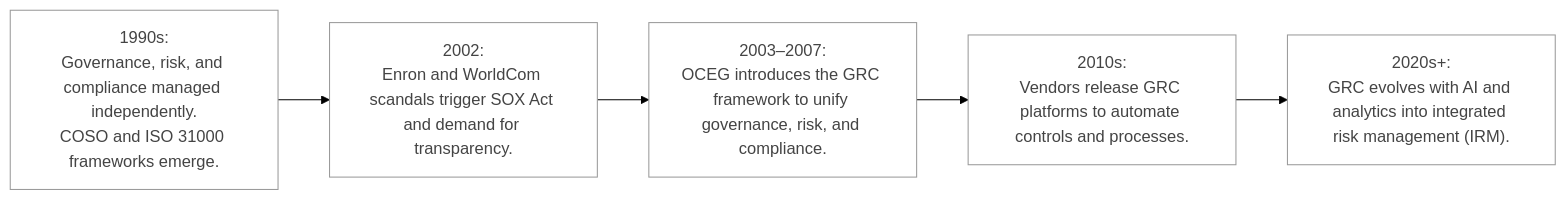
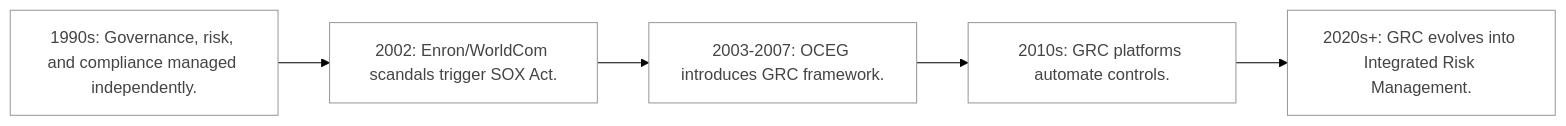
Before and after one commit to lorenzoleonelli/CISSP-Zero-to-Hero: the first of 4 diagrams in DOMAIN1: Security and Risk Management/1.03 Evaluate, apply, and sustain security governance principles.md, drawn with Mermaid (forest theme).

Commit message:
Simplify GRC timeline and update styling

````diff
--- a/DOMAIN1: Security and Risk Management/1.03 Evaluate, apply, and sustain security governance principles.md
+++ b/DOMAIN1: Security and Risk Management/1.03 Evaluate, apply, and sustain security governance principles.md
@@ -22,14 +22,19 @@
 ```mermaid 
 flowchart LR
-    T1["1990s:<br>Governance, risk, and compliance managed independently.<br>COSO and ISO 31000 frameworks emerge."]
-    T2["2002:<br>Enron and WorldCom scandals trigger SOX Act and demand for transparency."]
-    T3["2003–2007:<br>OCEG introduces the GRC framework to unify governance, risk, and compliance."]
-    T4["2010s:<br>Vendors release GRC platforms to automate controls and processes."]
-    T5["2020s+:<br>GRC evolves with AI and analytics into integrated risk management (IRM)."]
+    T1[1990s: Governance, risk, and compliance managed independently.]
+    T2[2002: Enron/WorldCom scandals trigger SOX Act.]
+    T3[2003-2007: OCEG introduces GRC framework.]
+    T4[2010s: GRC platforms automate controls.]
+    T5[2020s+: GRC evolves into Integrated Risk Management.]
 
-    T1 --> T2 --> T3 --> T4 --> T5
+    T1 --> T2
+    T2 --> T3
+    T3 --> T4
+    T4 --> T5
 
-    %% Styling: white background, grey text and border
-    classDef bwStyle fill:#ffffff,color:#444,stroke:#999;
-    class T1,T2,T3,T4,T5 bwStyle;
+    style T1 fill:#fff,stroke:#999,color:#444
+    style T2 fill:#fff,stroke:#999,color:#444
+    style T3 fill:#fff,stroke:#999,color:#444
+    style T4 fill:#fff,stroke:#999,color:#444
+    style T5 fill:#fff,stroke:#999,color:#444
 ```
````
